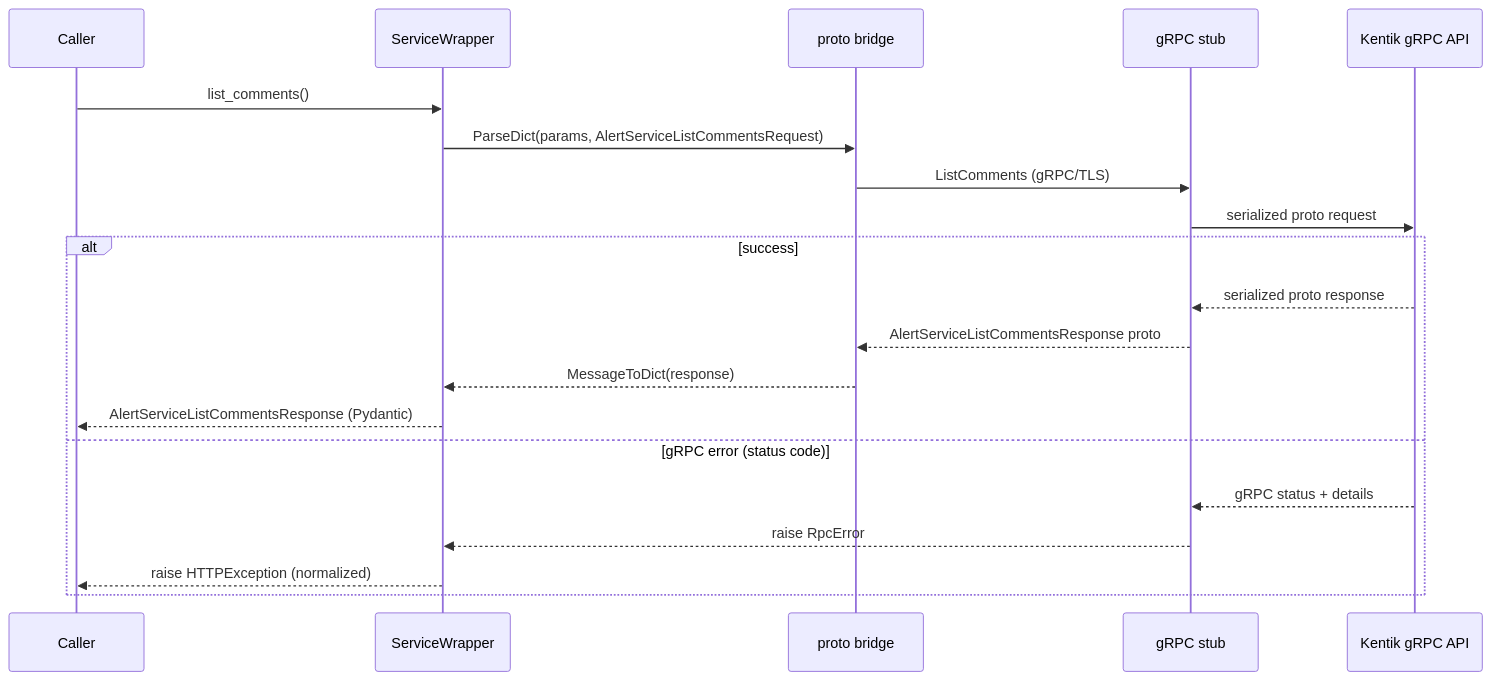
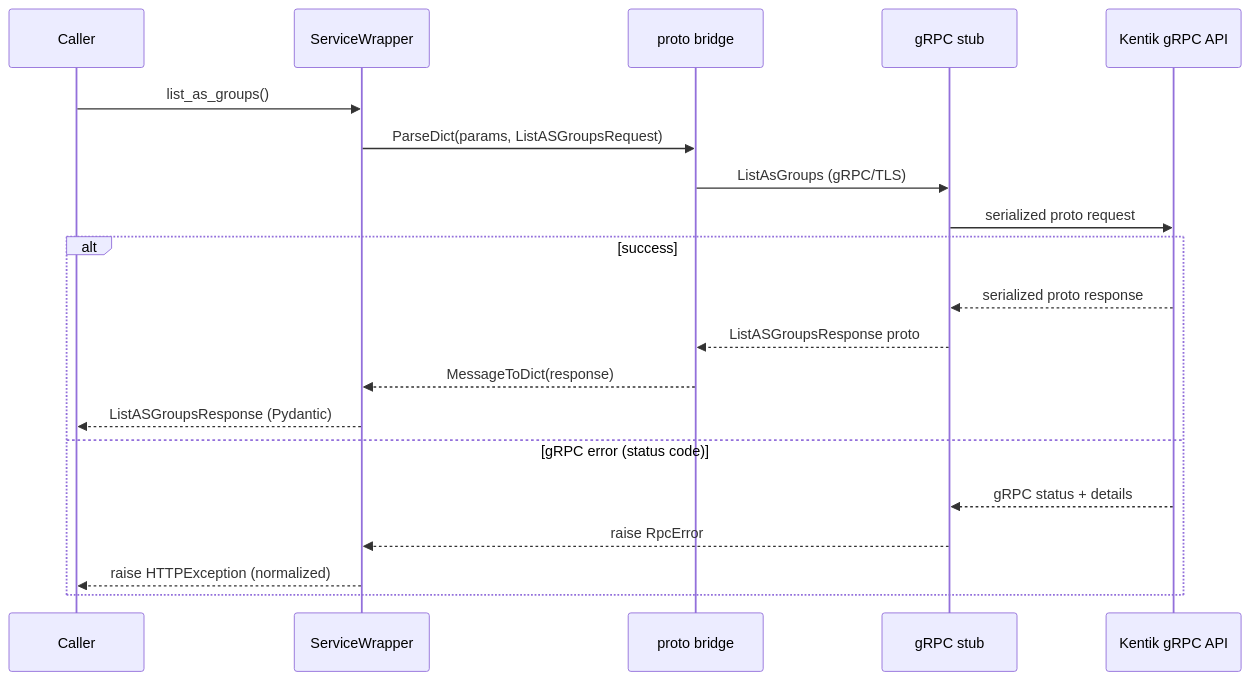
Before and after one commit to alexdearaujo/community_sdk_python: the second of 2 diagrams in docs/guides/grpc.md, drawn with Mermaid. The commit also changed other lines of this file and 19 other files, not shown here.

````diff
--- a/docs/guides/grpc.md
+++ b/docs/guides/grpc.md
@@ -65,23 +65,23 @@
 ```mermaid
 sequenceDiagram
     participant C as Caller
     participant W as ServiceWrapper
     participant B as proto bridge
     participant S as gRPC stub
     participant API as Kentik gRPC API
 
-    C->>W: list_comments()
-    W->>B: ParseDict(params, AlertServiceListCommentsRequest)
-    B->>S: ListComments (gRPC/TLS)
+    C->>W: list_as_groups()
+    W->>B: ParseDict(params, ListASGroupsRequest)
+    B->>S: ListAsGroups (gRPC/TLS)
     S->>API: serialized proto request
     alt success
         API-->>S: serialized proto response
-        S-->>B: AlertServiceListCommentsResponse proto
+        S-->>B: ListASGroupsResponse proto
         B-->>W: MessageToDict(response)
-        W-->>C: AlertServiceListCommentsResponse (Pydantic)
+        W-->>C: ListASGroupsResponse (Pydantic)
     else gRPC error (status code)
         API-->>S: gRPC status + details
         S-->>W: raise RpcError
         W-->>C: raise HTTPException (normalized)
     end
 ```
````
